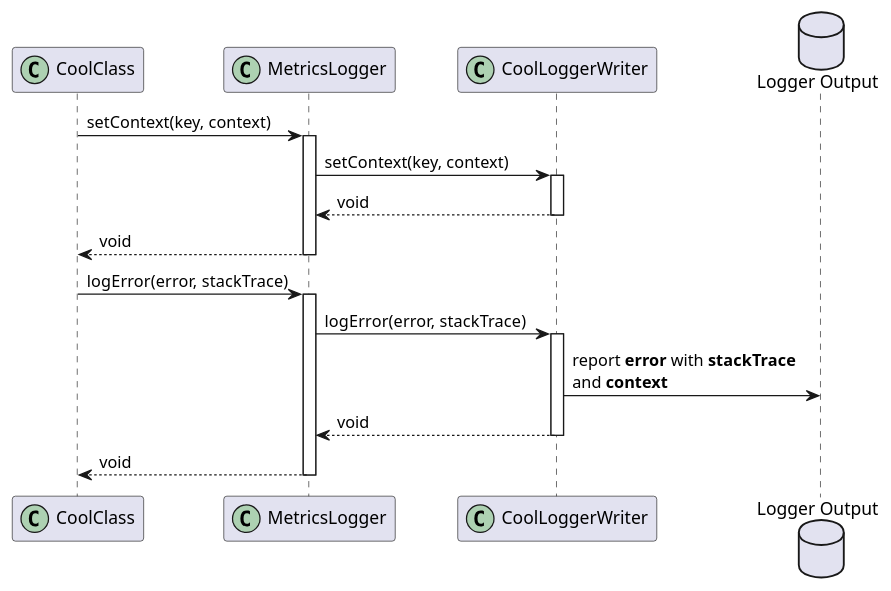
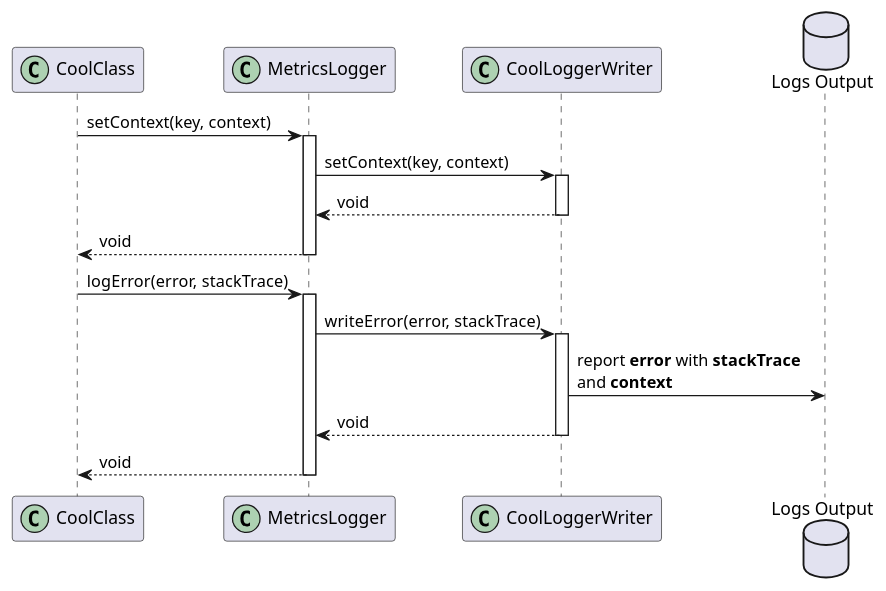
One commit to Flank/flank-dashboard changed the diagram in metrics/web/docs/features/metrics_logger/diagrams/metrics_logger_log_error_sequence_diagram.puml. Above: the diagram before and after it, drawn with PlantUML. The commit also changed 1 other file, not shown here.

```diff
--- a/metrics/web/docs/features/metrics_logger/diagrams/metrics_logger_log_error_sequence_diagram.puml
+++ b/metrics/web/docs/features/metrics_logger/diagrams/metrics_logger_log_error_sequence_diagram.puml
@@ -1,29 +1,29 @@
 @startuml metrics_logger_log_error_sequence_diagram
     skinparam ParticipantPadding 20
     skinparam BoxPadding 10
     
     participant CoolClass << (C,#ADD1B2) >>
     participant MetricsLogger << (C,#ADD1B2) >>
     participant CoolLoggerWriter << (C,#ADD1B2) >>
-    database "Logger Output" as Logs
+    database "Logs Output" as Logs
 
     CoolClass -> MetricsLogger : setContext(key, context)
     activate MetricsLogger
     
     MetricsLogger -> CoolLoggerWriter : setContext(key, context)
     activate CoolLoggerWriter
 
     return void 
     return void
 
     CoolClass -> MetricsLogger : logError(error, stackTrace)
     activate MetricsLogger
     
-    MetricsLogger -> CoolLoggerWriter : logError(error, stackTrace)
+    MetricsLogger -> CoolLoggerWriter : writeError(error, stackTrace)
     activate CoolLoggerWriter
 
     CoolLoggerWriter -> Logs : report **error** with **stackTrace** \nand **context**
 
     return void 
     return void
 @enduml
```
